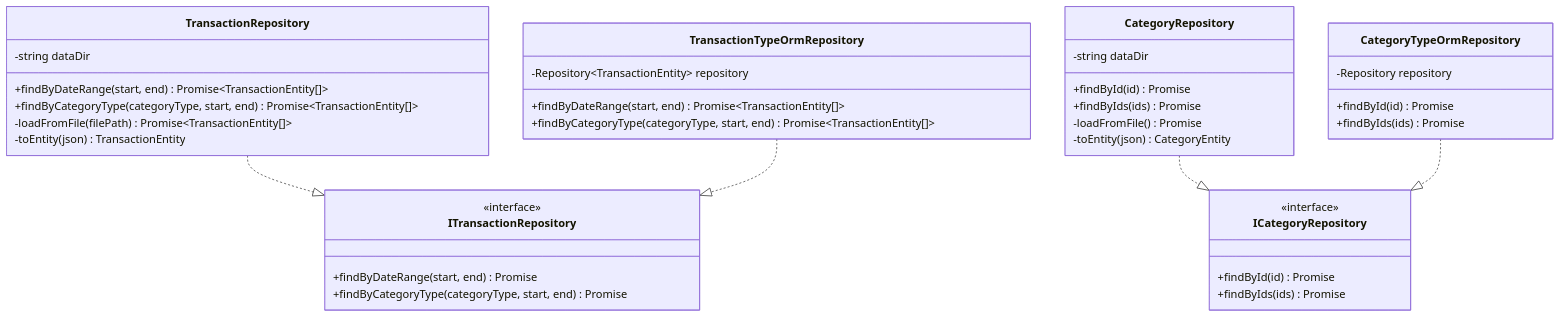
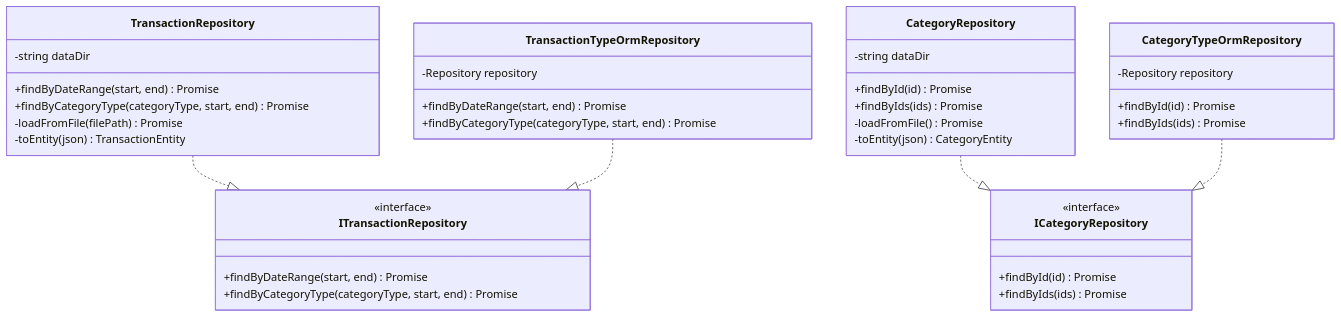
One commit to kencom2400/account-book changed the third of 4 diagrams in docs/detailed-design/FR-018_category-aggregation/class-diagrams.md. Above: the diagram before and after it, drawn with Mermaid. The commit also changed other lines of this file, not shown here.

First line of the commit message:
docs: Gemini指摘対応 - Mermaidクラス図のジェネリクス表記を~から<>に変更

````diff
--- a/docs/detailed-design/FR-018_category-aggregation/class-diagrams.md
+++ b/docs/detailed-design/FR-018_category-aggregation/class-diagrams.md
@@ -274,47 +274,47 @@
 ```mermaid
 classDiagram
     class TransactionRepository {
         -string dataDir
-        +findByDateRange(start, end) Promise~TransactionEntity[]~
-        +findByCategoryType(categoryType, start, end) Promise~TransactionEntity[]~
-        -loadFromFile(filePath) Promise~TransactionEntity[]~
+        +findByDateRange(start, end) Promise<TransactionEntity[]>
+        +findByCategoryType(categoryType, start, end) Promise<TransactionEntity[]>
+        -loadFromFile(filePath) Promise<TransactionEntity[]>
         -toEntity(json) TransactionEntity
     }
 
     class TransactionTypeOrmRepository {
-        -Repository~TransactionEntity~ repository
-        +findByDateRange(start, end) Promise~TransactionEntity[]~
-        +findByCategoryType(categoryType, start, end) Promise~TransactionEntity[]~
+        -Repository<TransactionEntity> repository
+        +findByDateRange(start, end) Promise<TransactionEntity[]>
+        +findByCategoryType(categoryType, start, end) Promise<TransactionEntity[]>
     }
 
     class CategoryRepository {
         -string dataDir
         +findById(id) Promise<CategoryEntity | null>
         +findByIds(ids) Promise<CategoryEntity[]>
         -loadFromFile() Promise<CategoryEntity[]>
         -toEntity(json) CategoryEntity
     }
 
     class CategoryTypeOrmRepository {
         -Repository<CategoryEntity> repository
         +findById(id) Promise<CategoryEntity | null>
         +findByIds(ids) Promise<CategoryEntity[]>
     }
 
     class ITransactionRepository {
         <<interface>>
         +findByDateRange(start, end) Promise<TransactionEntity[]>
         +findByCategoryType(categoryType, start, end) Promise<TransactionEntity[]>
     }
 
     class ICategoryRepository {
         <<interface>>
         +findById(id) Promise<CategoryEntity | null>
         +findByIds(ids) Promise<CategoryEntity[]>
     }
 
     TransactionRepository ..|> ITransactionRepository
     TransactionTypeOrmRepository ..|> ITransactionRepository
     CategoryRepository ..|> ICategoryRepository
     CategoryTypeOrmRepository ..|> ICategoryRepository
 ```
````
